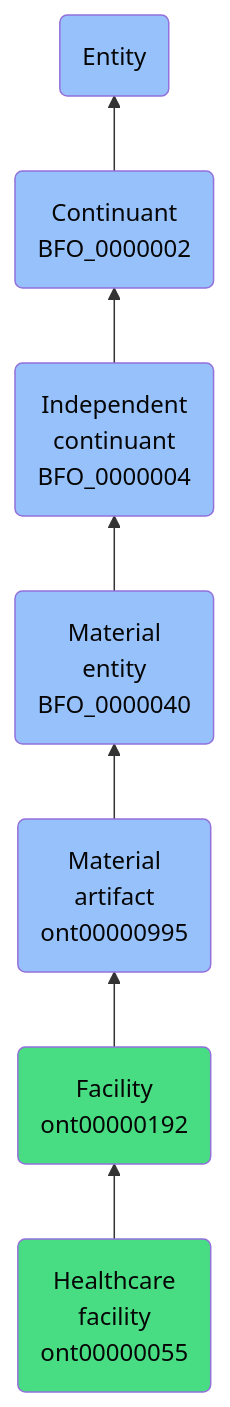
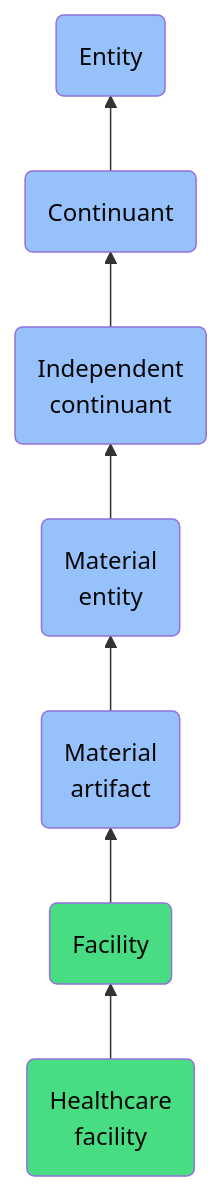
One commit to jupyter-naas/abi changed the diagram in docs/ontology/reference/model/Entity/Continuant/Independent continuant/Material entity/Material artifact/Facility/Healthcare facility/Healthcare facility.md. Above: the diagram before and after it, drawn with Mermaid. The commit also changed other lines of this file and 1430 other files, not shown here.

````diff
--- a/docs/ontology/reference/model/Entity/Continuant/Independent continuant/Material entity/Material artifact/Facility/Healthcare facility/Healthcare facility.md
+++ b/docs/ontology/reference/model/Entity/Continuant/Independent continuant/Material entity/Material artifact/Facility/Healthcare facility/Healthcare facility.md
@@ -24,14 +24,14 @@
 ```mermaid
 graph BT
-    ont00000055(Healthcare<br>facility<br>ont00000055):::ABI-->ont00000192
-    ont00000192(Facility<br>ont00000192):::ABI-->ont00000995
-    ont00000995(Material<br>artifact<br>ont00000995):::BFO-->BFO_0000040
-    BFO_0000040(Material<br>entity<br>BFO_0000040):::BFO-->BFO_0000004
-    BFO_0000004(Independent<br>continuant<br>BFO_0000004):::BFO-->BFO_0000002
-    BFO_0000002(Continuant<br>BFO_0000002):::BFO-->BFO_0000001
+    ont00000055(Healthcare<br>facility):::ABI-->ont00000192
+    ont00000192(Facility):::ABI-->ont00000995
+    ont00000995(Material<br>artifact):::BFO-->BFO_0000040
+    BFO_0000040(Material<br>entity):::BFO-->BFO_0000004
+    BFO_0000004(Independent<br>continuant):::BFO-->BFO_0000002
+    BFO_0000002(Continuant):::BFO-->BFO_0000001
     BFO_0000001(Entity):::BFO
     
     classDef BFO fill:#97c1fb,color:#060606
     classDef CCO fill:#e4c51e,color:#060606
     classDef ABI fill:#48DD82,color:#060606
 ```
````
